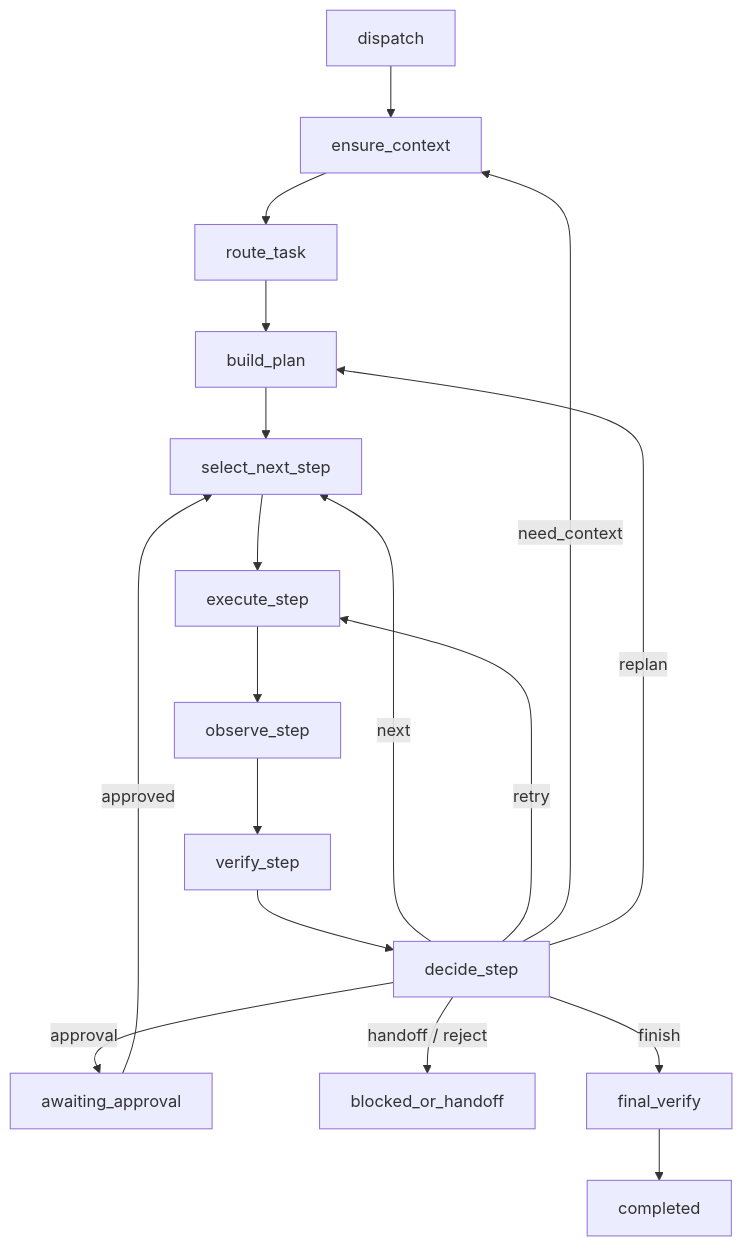
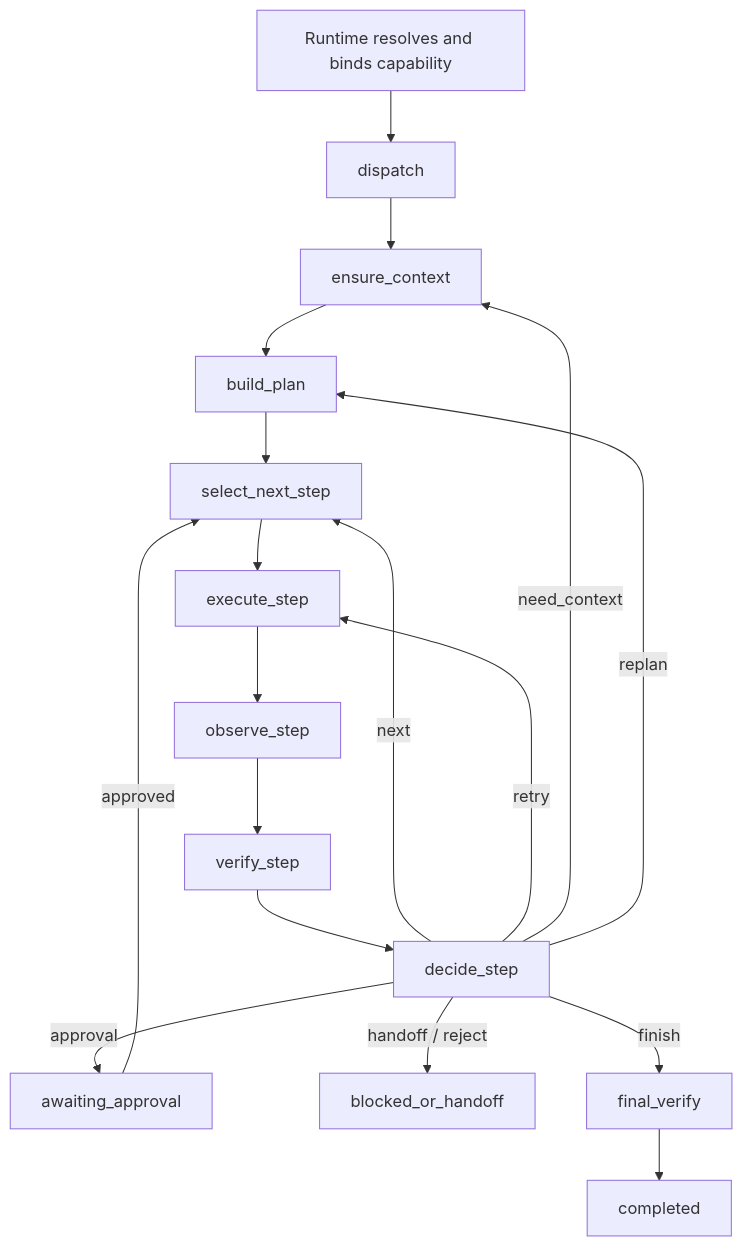
One commit to huangkang138/law changed the ninth of 9 diagrams in flask_app/legal_agent_system/analyse-agents.md. Above: the diagram before and after it, drawn with Mermaid. The commit also changed other lines of this file and 33 other files, not shown here.

````diff
--- a/flask_app/legal_agent_system/analyse-agents.md
+++ b/flask_app/legal_agent_system/analyse-agents.md
@@ -1479,20 +1480,20 @@
 ```mermaid
 flowchart TD
-    A["dispatch"] --> B["ensure_context"]
-    B --> C["route_task"]
-    C --> D["build_plan"]
+    R["Runtime resolves and binds capability"] --> A["dispatch"]
+    A --> B["ensure_context"]
+    B --> D["build_plan"]
     D --> E["select_next_step"]
     E --> F["execute_step"]
     F --> G["observe_step"]
     G --> H["verify_step"]
     H --> I["decide_step"]
     I -->|next| E
     I -->|retry| F
     I -->|need_context| B
     I -->|replan| D
     I -->|approval| J["awaiting_approval"]
     J -->|approved| E
     I -->|handoff / reject| K["blocked_or_handoff"]
     I -->|finish| L["final_verify"]
     L --> M["completed"]
 ```
````
